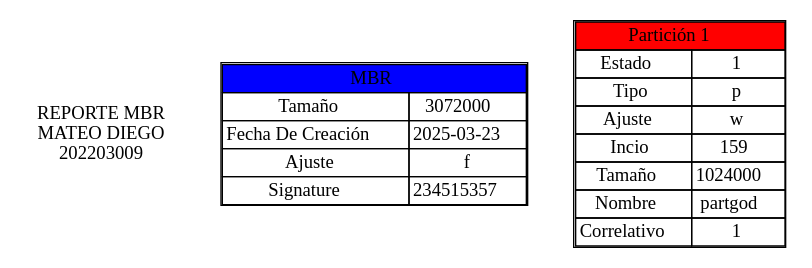
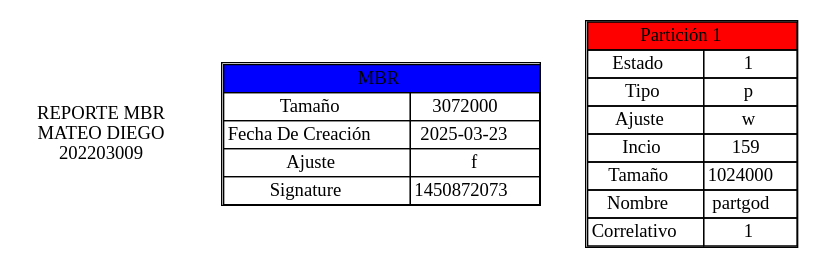
Before and after one commit to matiuuh/-MIA_1S_P2_202203009: the diagram in backend/REPORTEMBR.dot, drawn with Graphviz. The commit also changed 3 other files, not shown here.

```diff
--- a/backend/REPORTEMBR.dot
+++ b/backend/REPORTEMBR.dot
@@ -1,28 +1,28 @@
 digraph G {
 node [shape=plaintext];
 fontname="Courier New";
 title [label="REPORTE MBR
 MATEO DIEGO
 202203009"];
 mbrTable [label=<
 <table border='1' cellborder='1' cellspacing='0'>
 <tr><td bgcolor="blue" colspan='2'>MBR</td></tr>
 <tr><td>Tamaño</td><td>3072000</td></tr>
 <tr><td>Fecha De Creación</td><td>2025-03-23</td></tr>
 <tr><td>Ajuste</td><td>f</td></tr>
-<tr><td>Signature</td><td>234515357</td></tr>
+<tr><td>Signature</td><td>1450872073</td></tr>
 </table>
 >];
 PA1 [label=<
 <table border='1' cellborder='1' cellspacing='0'>
 <tr><td bgcolor="red" colspan='2'>Partición 1</td></tr>
 <tr><td>Estado</td><td>1</td></tr>
 <tr><td>Tipo</td><td>p</td></tr>
 <tr><td>Ajuste</td><td>w</td></tr>
 <tr><td>Incio</td><td>159</td></tr>
 <tr><td>Tamaño</td><td>1024000</td></tr>
 <tr><td>Nombre</td><td>partgod</td></tr>
 <tr><td>Correlativo</td><td>1</td></tr>
 </table>
 >];
 }
```
